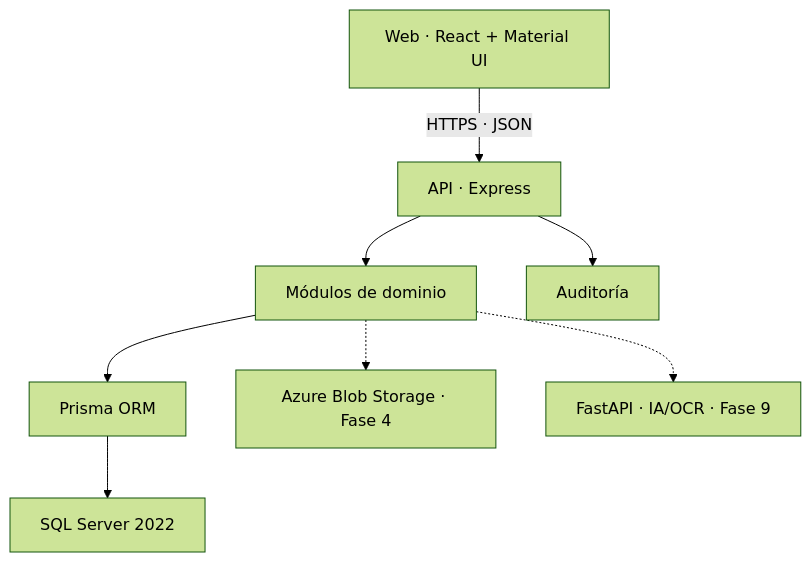
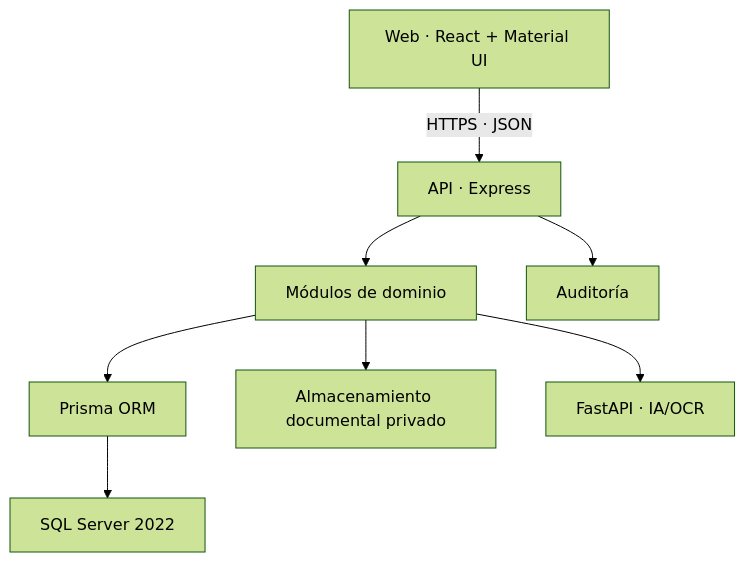
The diagram in README.md (Jairo0811/Ecosoft), drawn with Mermaid (forest theme) before and after one commit. The commit also changed other lines of this file and 68 other files, not shown here.

````diff
--- a/README.md
+++ b/README.md
@@ -282,10 +284,10 @@
 ```mermaid
 flowchart TD
     Web["Web · React + Material UI"] -->|"HTTPS · JSON"| API["API · Express"]
     API --> Domain["Módulos de dominio"]
     Domain --> Prisma["Prisma ORM"]
     Prisma --> SQL["SQL Server 2022"]
-    Domain -.-> Blob["Azure Blob Storage · Fase 4"]
-    Domain -.-> AI["FastAPI · IA/OCR · Fase 9"]
+    Domain --> Files["Almacenamiento documental privado"]
+    Domain --> AI["FastAPI · IA/OCR"]
     API --> Audit["Auditoría"]
 ```
````
